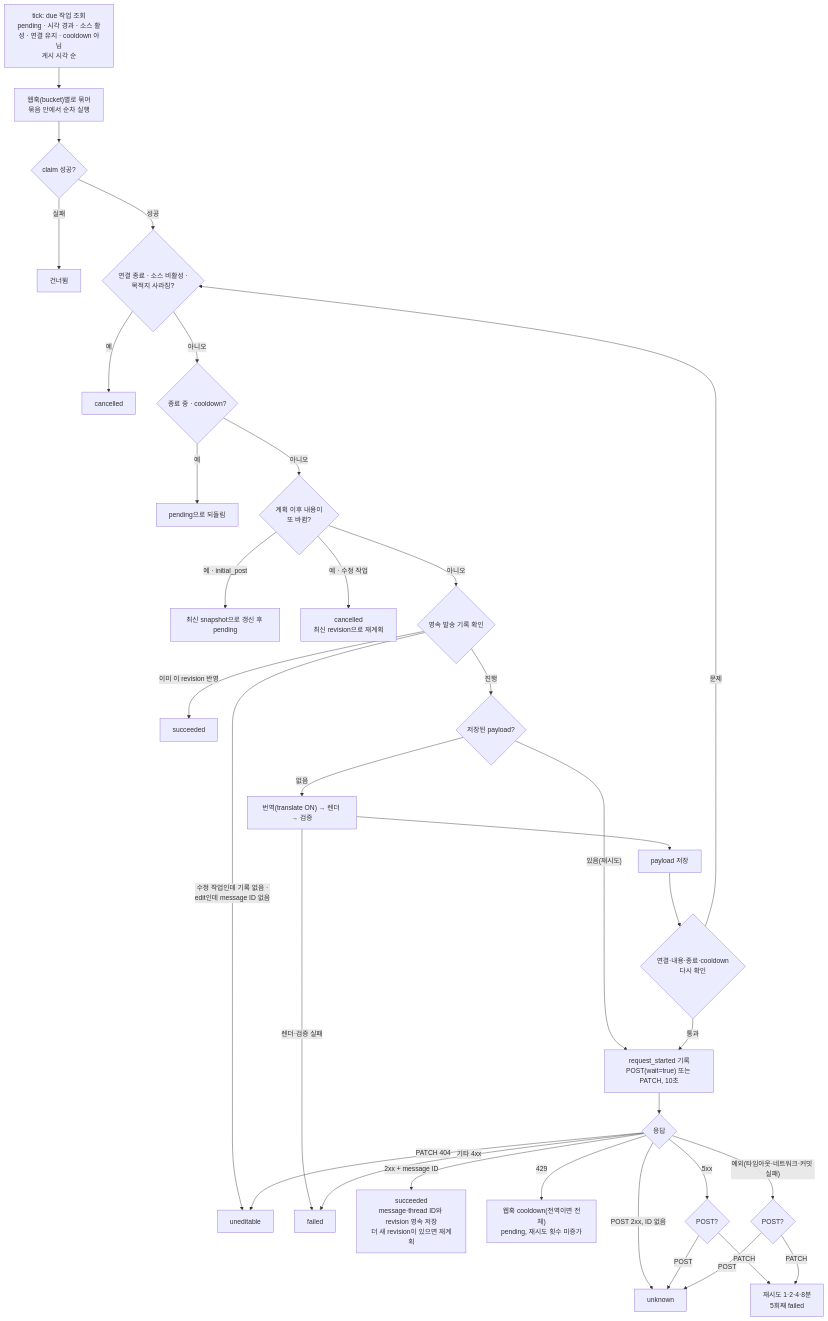
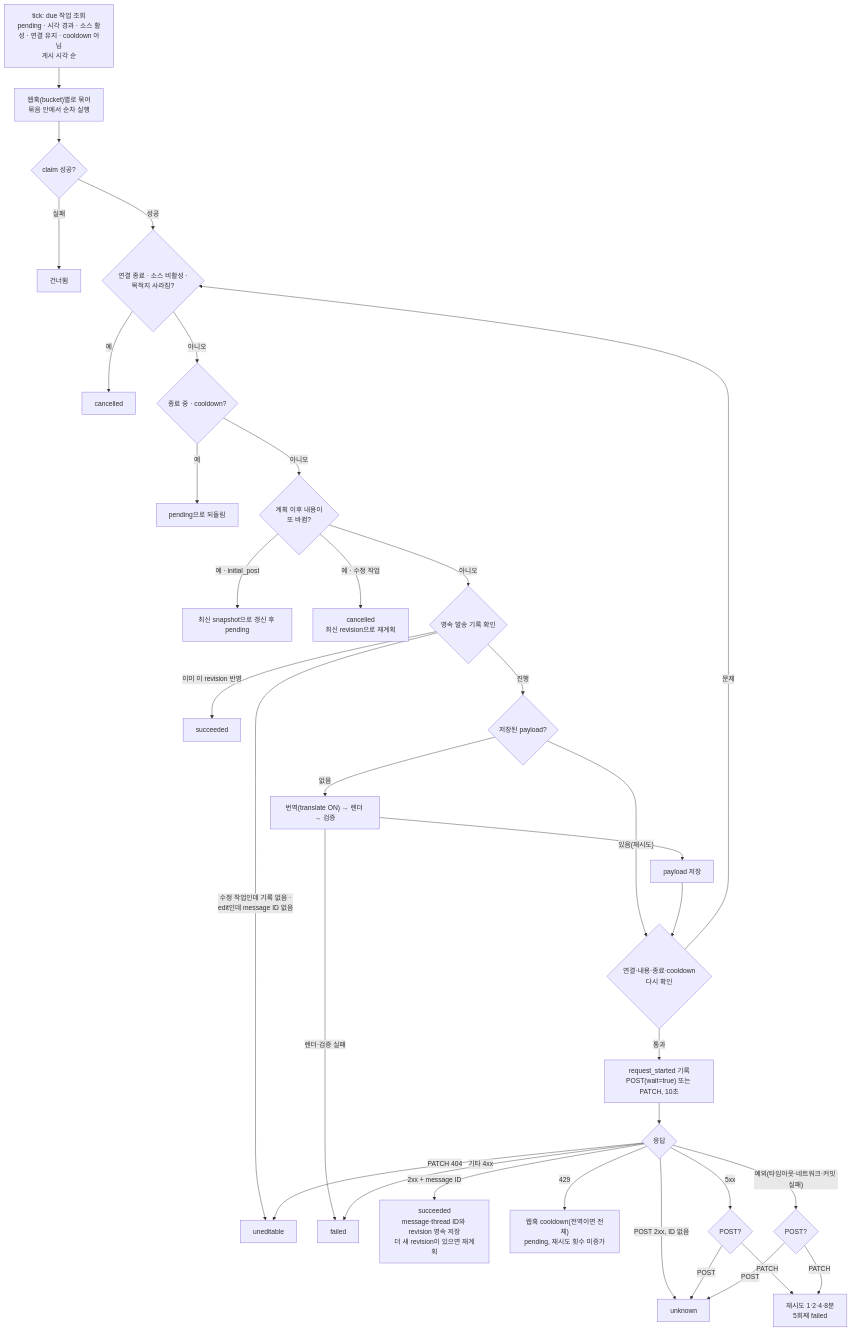
Before and after one commit to Genticca/Private-RSS-Delivery: the seventh of 10 diagrams in Docs/architecture.md, drawn with Mermaid. The commit also changed other lines of this file and 47 other files, not shown here.

````diff
--- a/Docs/architecture.md
+++ b/Docs/architecture.md
@@ -233,36 +240,36 @@
 ```mermaid
 flowchart TD
   A["tick: due 작업 조회<br/>pending · 시각 경과 · 소스 활성 · 연결 유지 · cooldown 아님<br/>게시 시각 순"] --> B["웹훅(bucket)별로 묶어<br/>묶음 안에서 순차 실행"]
   B --> C{"claim 성공?"}
   C -->|실패| Z0[건너뜀]
   C -->|성공| D{"연결 종료 · 소스 비활성 ·<br/>목적지 사라짐?"}
   D -->|예| CANCEL[cancelled]
   D -->|아니오| E{"종료 중 · cooldown?"}
   E -->|예| PEND["pending으로 되돌림"]
   E -->|아니오| F{"계획 이후 내용이<br/>또 바뀜?"}
   F -->|"예 · initial_post"| REF["최신 snapshot으로 갱신 후 pending"]
   F -->|"예 · 수정 작업"| SUP["cancelled<br/>최신 revision으로 재계획"]
   F -->|아니오| G{"영속 발송 기록 확인"}
   G -->|"수정 작업인데 기록 없음 ·<br/>edit인데 message ID 없음"| UNED[uneditable]
   G -->|"이미 이 revision 반영"| OK0[succeeded]
   G -->|진행| H{"저장된 payload?"}
-  H -->|"있음(재시도)"| SEND
+  H -->|"있음(재시도)"| RC
   H -->|없음| T["번역(translate ON) → 렌더 → 검증"]
   T -->|"렌더·검증 실패"| FAIL[failed]
   T --> SAVE["payload 저장"]
   SAVE --> RC{"연결·내용·종료·cooldown<br/>다시 확인"}
   RC -->|문제| D
   RC -->|통과| SEND["request_started 기록<br/>POST(wait=true) 또는 PATCH, 10초"]
   SEND --> R{"응답"}
   R -->|"2xx + message ID"| SUCC["succeeded<br/>message·thread ID와 revision 영속 저장<br/>더 새 revision이 있으면 재계획"]
   R -->|"POST 2xx, ID 없음"| UNK[unknown]
   R -->|429| RL["웹훅 cooldown(전역이면 전체)<br/>pending, 재시도 횟수 미증가"]
   R -->|5xx| R5{"POST?"}
   R5 -->|POST| UNK
   R5 -->|PATCH| RETRY
   R -->|"PATCH 404"| UNED
   R -->|"기타 4xx"| FAIL
   R -->|"예외(타임아웃·네트워크·커밋 실패)"| RX{"POST?"}
   RX -->|POST| UNK
   RX -->|PATCH| RETRY["재시도 1·2·4·8분<br/>5회째 failed"]
 ```
````
